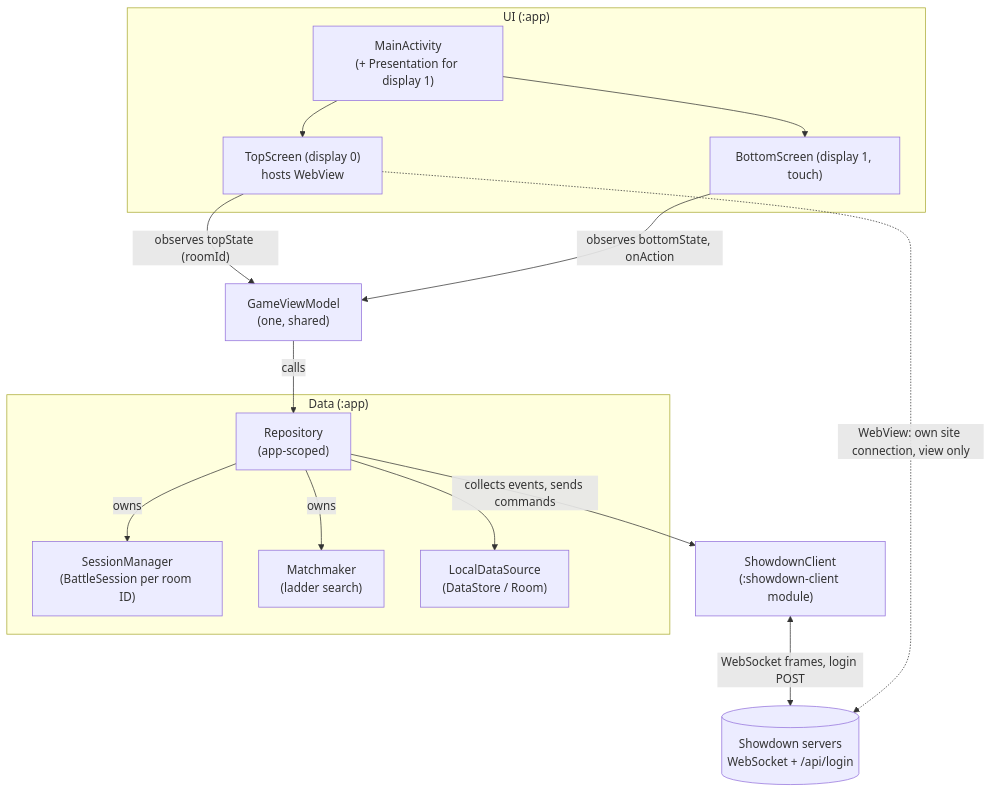
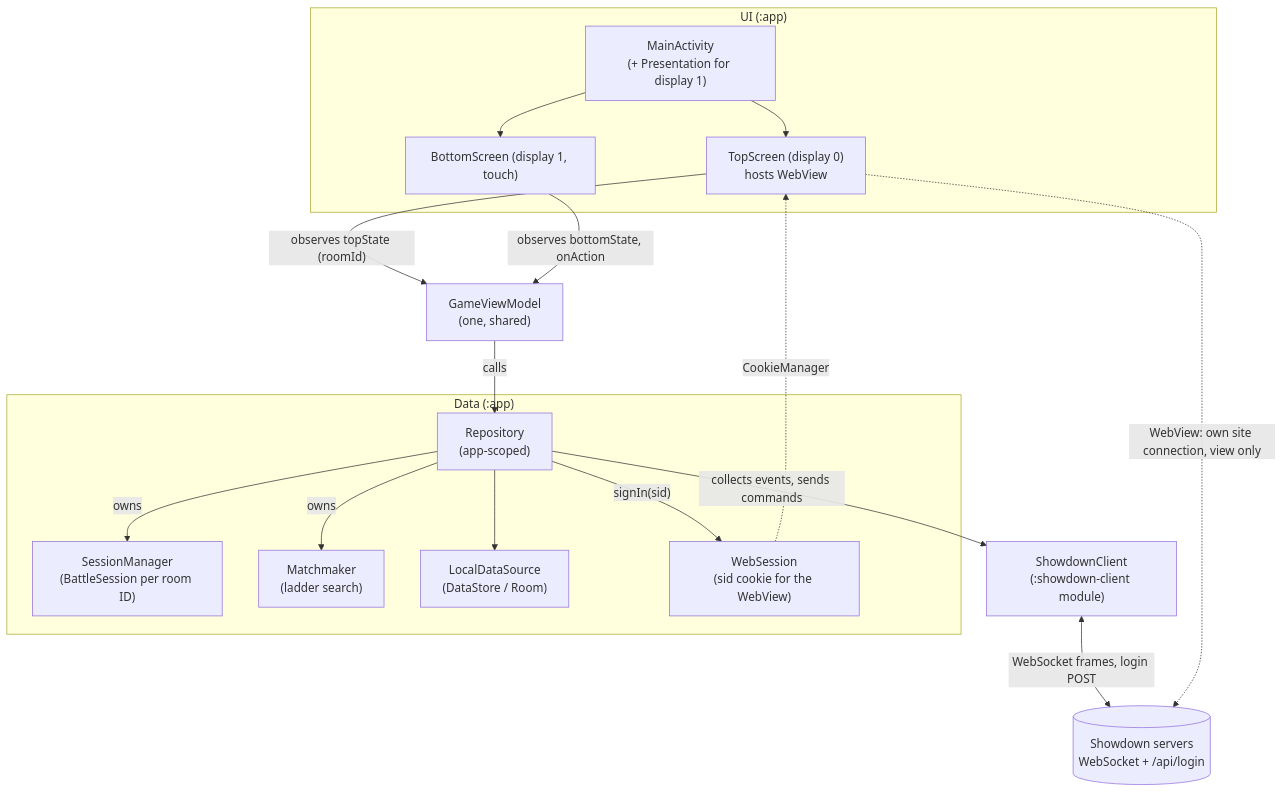
The first of 2 diagrams in context/design/architecture.md (jaydenfont/ThorShowdown), drawn with Mermaid before and after one commit. The commit also changed other lines of this file and 23 other files, not shown here.

First line of the commit message:
Show the current battle in a view-only WebView on the top screen (#4)

````diff
--- a/context/design/architecture.md
+++ b/context/design/architecture.md
@@ -25,32 +26,35 @@
 ```mermaid
 flowchart TB
     subgraph ui ["UI (:app)"]
         MA["MainActivity<br/>(+ Presentation for display 1)"]
         Top["TopScreen (display 0)<br/>hosts WebView"]
         Bottom["BottomScreen (display 1, touch)"]
     end
 
     VM["GameViewModel<br/>(one, shared)"]
 
     subgraph data ["Data (:app)"]
         Repo["Repository<br/>(app-scoped)"]
         SM["SessionManager<br/>(BattleSession per room ID)"]
         MM["Matchmaker<br/>(ladder search)"]
         Local["LocalDataSource<br/>(DataStore / Room)"]
+        WS["WebSession<br/>(sid cookie for the WebView)"]
     end
 
     Client["ShowdownClient<br/>(:showdown-client module)"]
     Server[("Showdown servers<br/>WebSocket + /api/login")]
 
     MA --> Top
     MA --> Bottom
     Top -- "observes topState (roomId)" --> VM
     Bottom -- "observes bottomState, onAction" --> VM
     VM -- "calls" --> Repo
     Repo -- owns --> SM
     Repo -- owns --> MM
     Repo --> Local
+    Repo -- "signIn(sid)" --> WS
+    WS -. "CookieManager" .-> Top
     Repo -- "collects events, sends commands" --> Client
     Client <-- "WebSocket frames, login POST" --> Server
     Top -. "WebView: own site connection, view only" .-> Server
 ```
````
